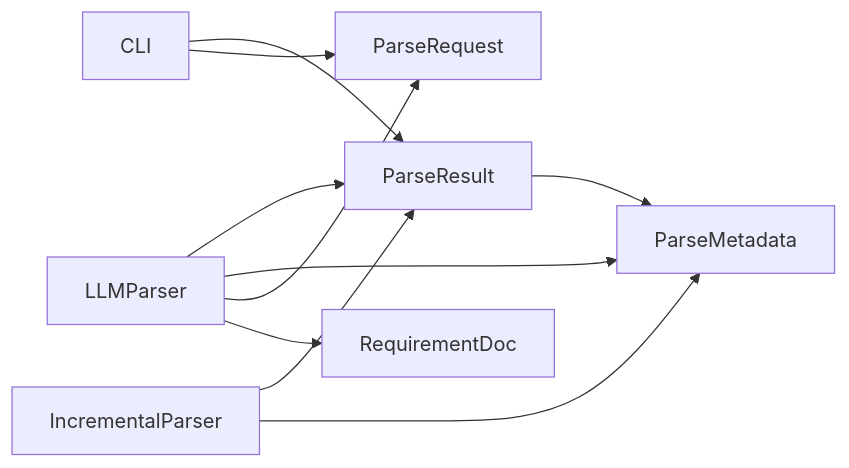
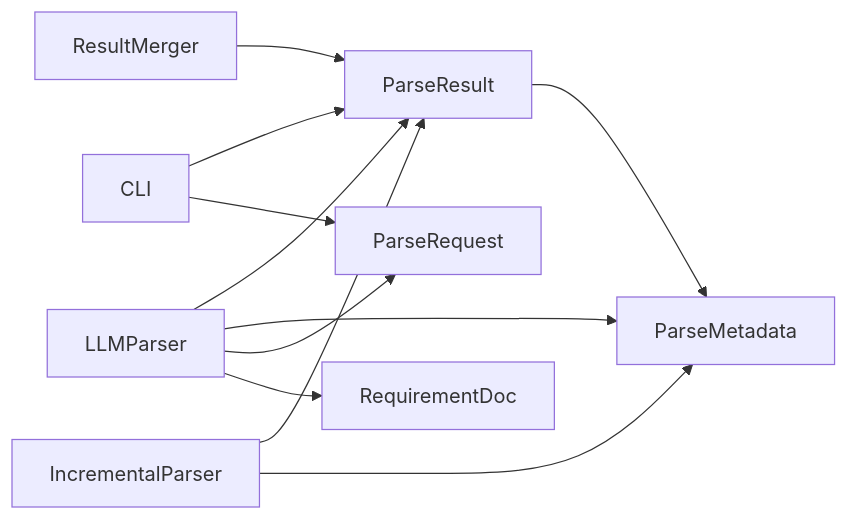
Before and after one commit to wowzhangji/doc_ai_parser: the eighth of 8 diagrams in .qoder/repowiki/zh/content/数据模型设计/结果模型.md, drawn with Mermaid. The commit also changed other lines of this file and 25 other files, not shown here.

````diff
--- a/.qoder/repowiki/zh/content/数据模型设计/结果模型.md
+++ b/.qoder/repowiki/zh/content/数据模型设计/结果模型.md
@@ -292,12 +309,13 @@
 ```mermaid
 graph LR
 PR["ParseResult"] --> PM["ParseMetadata"]
 LP["LLMParser"] --> PR
 LP --> PM
 LP --> REQ["ParseRequest"]
 LP --> RD["RequirementDoc"]
 IP["IncrementalParser"] --> PR
 IP --> PM
+RM["ResultMerger"] --> PR
 CLI["CLI"] --> PR
 CLI --> REQ
 ```
````
